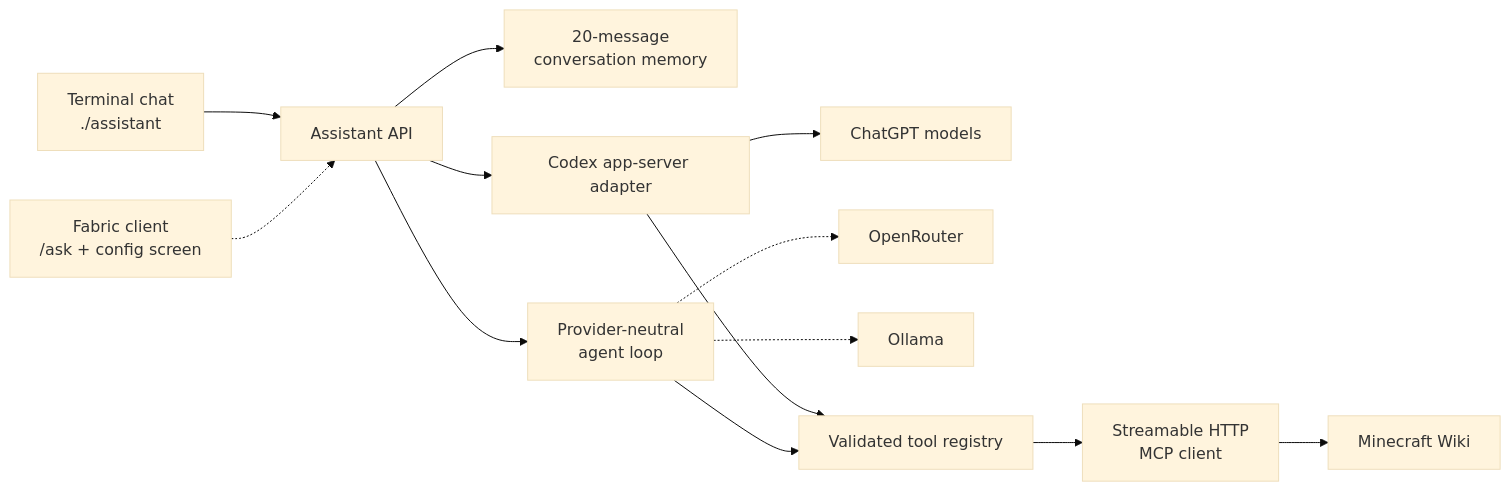
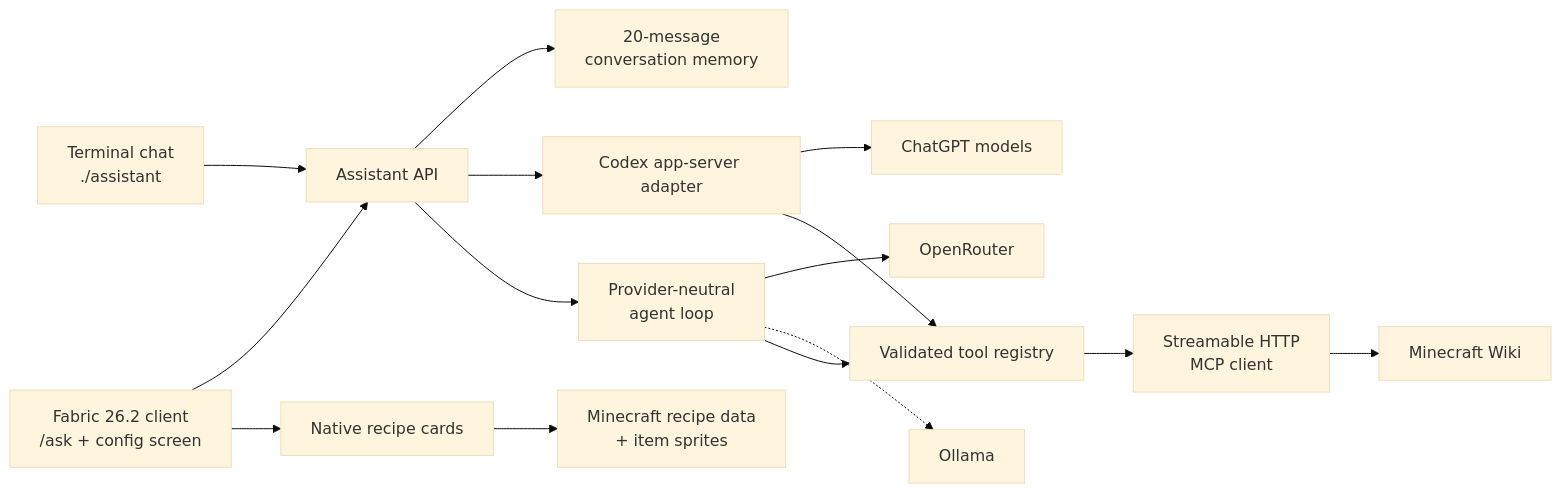
Before and after one commit to zubinjha/minecraft-assistant: the diagram in README.md, drawn with Mermaid (base theme). The commit also changed other lines of this file and 27 other files, not shown here.

Commit message:
feat(fabric): add OpenRouter assistant mod and recipe cards

````diff
--- a/README.md
+++ b/README.md
@@ -20,18 +21,20 @@
 ```mermaid
 flowchart LR
     CLI["Terminal chat<br/>./assistant"] --> API["Assistant API"]
-    MC["Fabric client<br/>/ask + config screen"] -.-> API
+    MC["Fabric 26.2 client<br/>/ask + config screen"] --> API
+    MC --> RECIPES["Native recipe cards"]
+    RECIPES --> GAMEDATA["Minecraft recipe data<br/>+ item sprites"]
 
     API --> MEMORY["20-message<br/>conversation memory"]
     API --> CODEX["Codex app-server adapter"]
     API --> AGENT["Provider-neutral<br/>agent loop"]
 
     CODEX --> CHATGPT["ChatGPT models"]
-    AGENT -.-> OPENROUTER["OpenRouter"]
+    AGENT --> OPENROUTER["OpenRouter"]
     AGENT -.-> OLLAMA["Ollama"]
 
     CODEX --> TOOLS["Validated tool registry"]
     AGENT --> TOOLS
     TOOLS --> MCP["Streamable HTTP<br/>MCP client"]
     MCP --> WIKI["Minecraft Wiki"]
 ```
````
